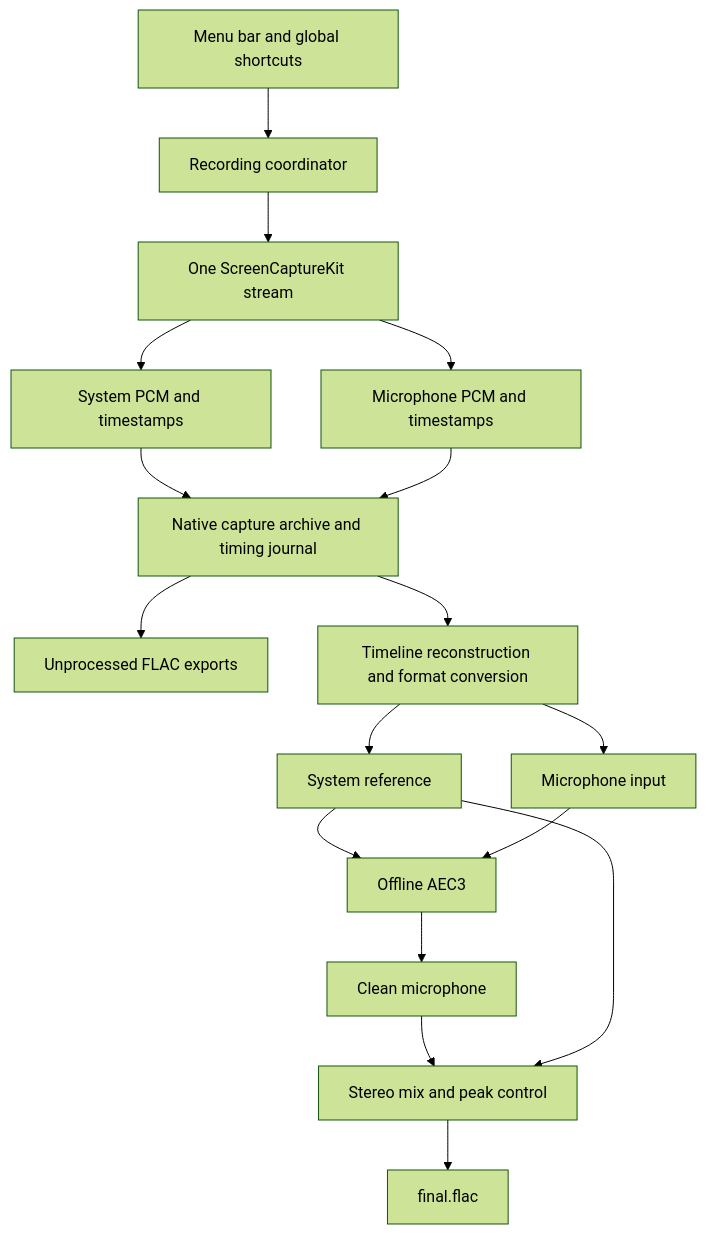
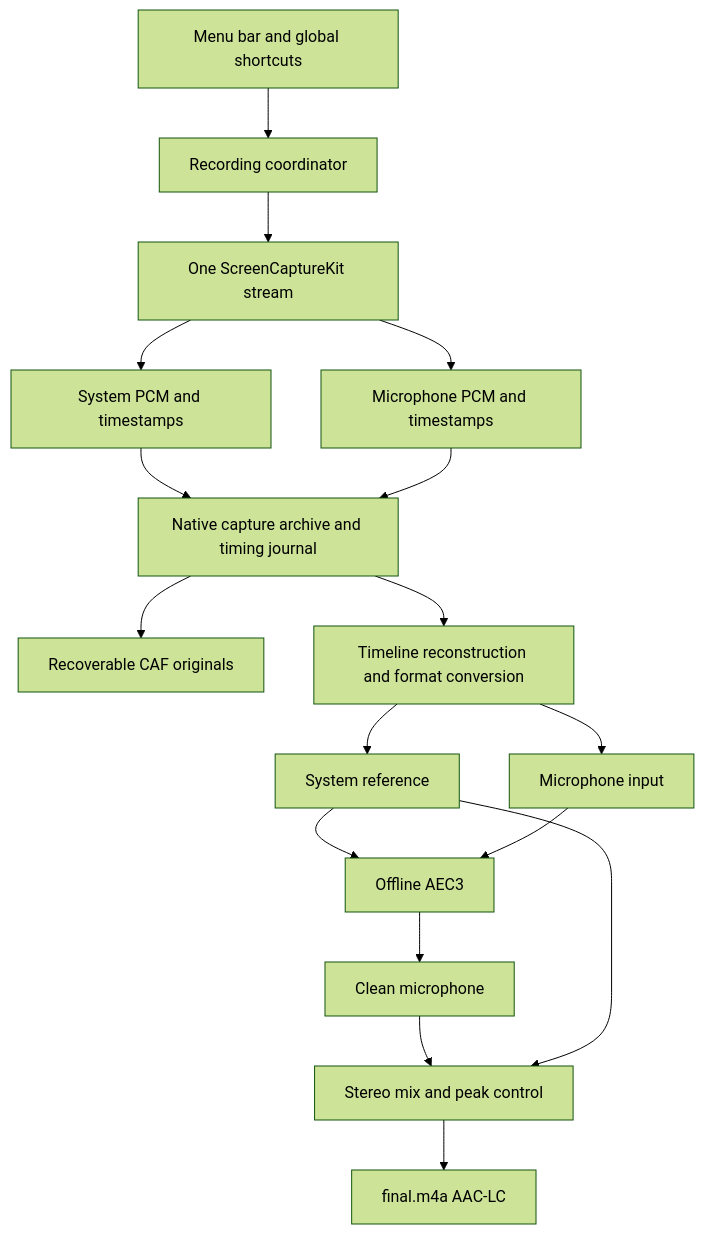
Before and after one commit to cooperativ-labs/Scribe: the diagram in IMPLEMENTATION_PLAN.md, drawn with Mermaid (forest theme). The commit also changed other lines of this file and 40 other files, not shown here.

````diff
--- a/IMPLEMENTATION_PLAN.md
+++ b/IMPLEMENTATION_PLAN.md
@@ -28,19 +28,19 @@
 ```mermaid
 flowchart TD
     UI[Menu bar and global shortcuts] --> Coordinator[Recording coordinator]
     Coordinator --> Capture[One ScreenCaptureKit stream]
     Capture --> System[System PCM and timestamps]
     Capture --> Mic[Microphone PCM and timestamps]
     System --> Store[Native capture archive and timing journal]
     Mic --> Store
-    Store --> Raw[Unprocessed FLAC exports]
+    Store --> Raw[Recoverable CAF originals]
     Store --> Align[Timeline reconstruction and format conversion]
     Align --> Reference[System reference]
     Align --> Near[Microphone input]
     Reference --> AEC[Offline AEC3]
     Near --> AEC
     AEC --> Clean[Clean microphone]
     Clean --> Mix[Stereo mix and peak control]
     Reference --> Mix
-    Mix --> Final[final.flac]
+    Mix --> Final[final.m4a AAC-LC]
 ```
````
